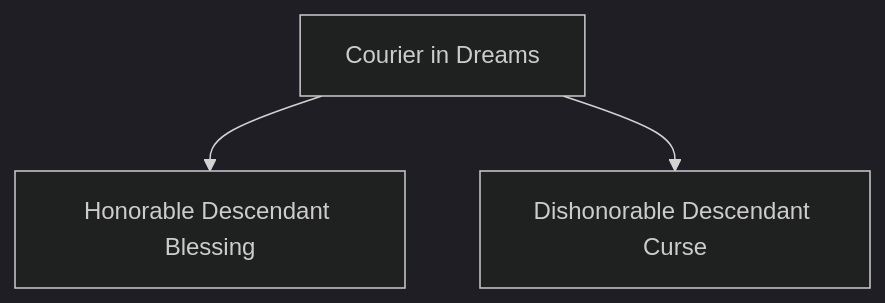
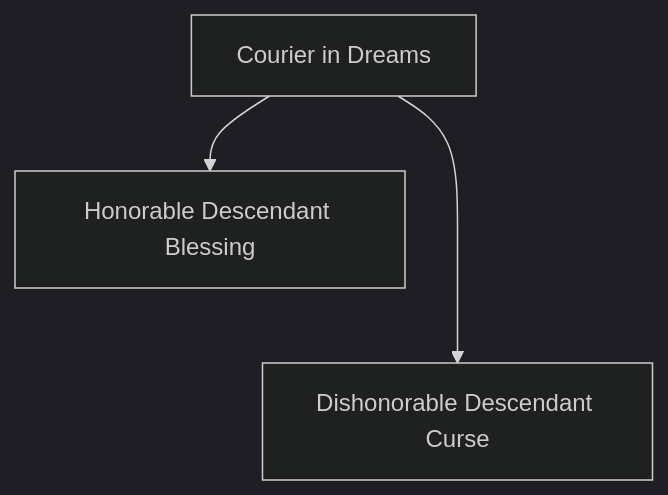
One commit to jrobichaud/exalted-charms-1e changed the diagram in docs/mermaid/arcanoi/honored_ancestor_ways_1.mmd. Above: the diagram before and after it, drawn with Mermaid. The commit also changed 56 other files, not shown here.

Commit message:
Reorder graphs for readability

```diff
--- a/docs/mermaid/arcanoi/honored_ancestor_ways_1.mmd
+++ b/docs/mermaid/arcanoi/honored_ancestor_ways_1.mmd
@@ -1,81 +1,81 @@
 ---
 config:
   theme: dark
 ---
 flowchart TD
 
     courier_in_dreams[Courier in Dreams]
     click courier_in_dreams callback "
         Courier in Dreams<br>
         <br>
         Cost: 2 motes<br>
         Duration: 50 words<br>
         Type: Simple<br>
         Minimum Compassion: 1<br>
         Minimum Essence: 1<br>
         Prerequisite Charms: None<br>
         <br>
         With this Arcanos, a ghost can send a message to a
         living being through dreams. The ghost can perform this
         Charm from the Underworld, a shadowland or Creation,
         and send the message to a subject anywhere in Creation.
         The message travels instantaneously to the subject’s cur-
         rent location. However, the subject does not receive the
         message until the next time he sleeps (and if that is more
         than eight hours away, the subject does not receive the
         message at all). The ghost may speak up to 50 words to the
         subject, who sees the Charm’s effect as the ghost standing
         and speaking the words to him. This Arcanos does not
         allow for two-way communication — the subject receives
         the ghost’s message but may not send a reply.
         "
 
     honorable_descendant_blessing[Honorable Descendant Blessing]
     courier_in_dreams --> honorable_descendant_blessing
     click honorable_descendant_blessing callback "
         Honorable Descendant Blessing<br>
         <br>
         Cost: 5 motes<br>
         Duration: One day<br>
         Type: Simple<br>
         Minimum Compassion: 2<br>
         Minimum Essence: 1<br>
         Prerequisite Charms: Courier in Dreams<br>
         <br>
         A ghost can use this Arcanos to send a minor blessing to
         an appropriately pious living descendant. The ghost simply
         speaks the descendant’s name aloud, pictures him and spends
         the necessary Essence, and the subject of the Charm immediately
         receives a three-dice bonus pool that can be used to
         supplement any action at any time in the next day. As the
         Arcanos takes effect, the subject feels a pleasant surge of
         energy and good fortune. These dice can only be used once —
         after the subject of the Charm uses the bonus dice, they are
         gone. This Charm only works on living mortals and Exalts
         who can trace a line of blood descent from the ghost.
         "
 
     dishonorable_descendant_curse[Dishonorable Descendant Curse]
-    courier_in_dreams --> dishonorable_descendant_curse
+    courier_in_dreams ---> dishonorable_descendant_curse
     click dishonorable_descendant_curse callback "
         Dishonorable Descendant Curse<br>
         <br>
         Cost: 6 motes<br>
         Duration: One hour per success<br>
         Type: Simple<br>
         Minimum Compassion: 3<br>
         Minimum Essence: 2<br>
         Prerequisite Charms: Courier in Dreams<br>
         <br>
         This Arcanos is, in most ways, the opposite of Honorable
         Descendant Blessing. It can only be used on living
         mortals and Exalts who trace a line of blood descent from
         the ghost. It works at any range, however. The ghost must
         simply visualize the target and state his name aloud, and
         the subject feels a dull, throbbing pain throughout the
         duration of the Charm. While the curse is active, the
         subject loses one die from all dice pools. Spend the necessary
         Essence, and roll Compassion + Lore. For every
         success, the curse lasts one hour. The ghost who activates
         the Arcanos may dismiss the curse at any time.
         "
```
